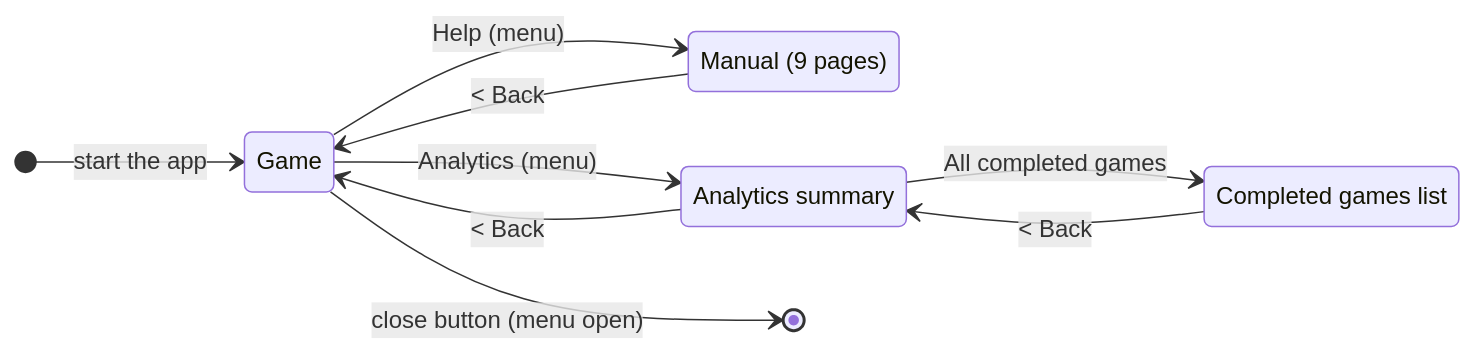
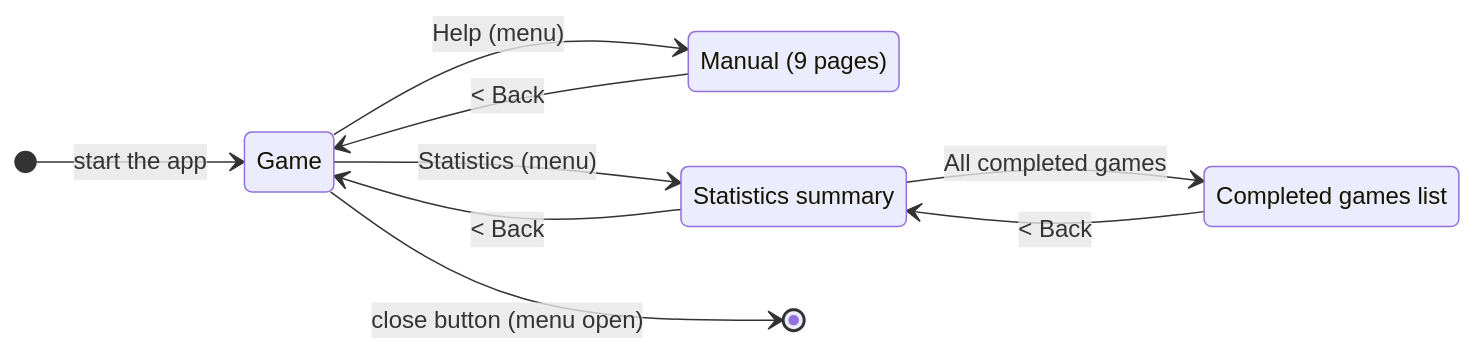
Before and after one commit to garbles/sudoku: the first of 13 diagrams in REQUIREMENTS.md, drawn with Mermaid. The commit also changed other lines of this file and 64 other files, not shown here.

````diff
--- a/REQUIREMENTS.md
+++ b/REQUIREMENTS.md
@@ -55,17 +55,17 @@
 ```mermaid
 stateDiagram-v2
     direction LR
     [*] --> Game: start the app
     state "Game" as Game
     state "Manual (9 pages)" as Manual
-    state "Analytics summary" as Analytics
+    state "Statistics summary" as Statistics
     state "Completed games list" as Games
 
     Game --> Manual: Help (menu)
     Manual --> Game: < Back
-    Game --> Analytics: Analytics (menu)
-    Analytics --> Game: < Back
-    Analytics --> Games: All completed games
-    Games --> Analytics: < Back
+    Game --> Statistics: Statistics (menu)
+    Statistics --> Game: < Back
+    Statistics --> Games: All completed games
+    Games --> Statistics: < Back
     Game --> [*]: close button (menu open)
 ```
````
